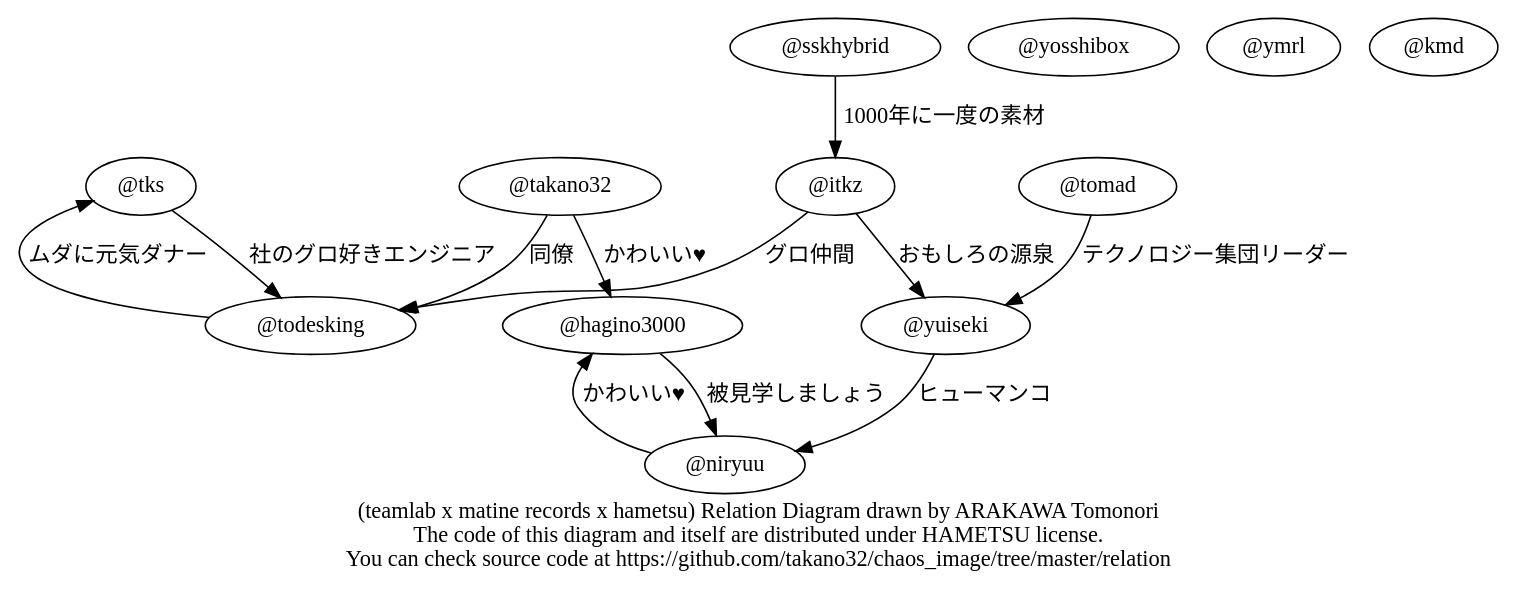
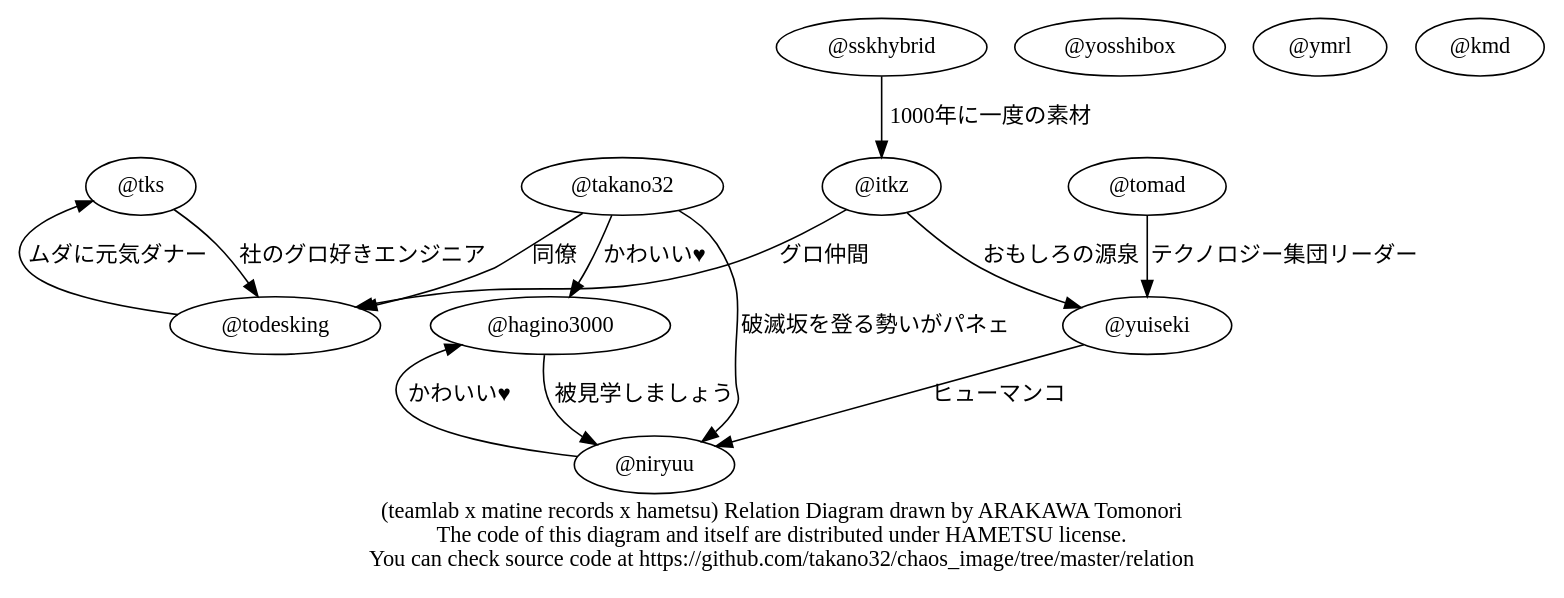
The diagram in relation/hameatsudo.dot (hametsu/chaos_image), drawn with Graphviz before and after one commit.

Commit message:
破滅坂

```diff
--- a/relation/hameatsudo.dot
+++ b/relation/hameatsudo.dot
@@ -1,19 +1,20 @@
 digraph Hameatsudo {
   graph [concentrate = true];
   overlap=orthoxy;
   "@tks" -> "@todesking" [label = "社のグロ好きエンジニア"];
   "@takano32" -> "@todesking" [label = "同僚"];
   "@takano32" -> "@hagino3000" [label = "かわいい♥"];
+  "@takano32" -> "@niryuu" [label = "破滅坂を登る勢いがパネェ"];
   "@todesking" -> "@tks" [label = "ムダに元気ダナー"];
   "@tomad" -> "@yuiseki" [label = "テクノロジー集団リーダー"];
   "@yosshibox"
   "@sskhybrid" -> "@itkz" [label = "1000年に一度の素材"];
   "@ymrl"
   "@niryuu" -> "@hagino3000" [label = "かわいい♥"];
   "@itkz" -> "@todesking" [label = "グロ仲間"];
   "@itkz" -> "@yuiseki" [label = "おもしろの源泉"];
   "@yuiseki" -> "@niryuu" [label = "ヒューマンコ"];
   "@hagino3000" -> "@niryuu" [label = "被見学しましょう"];
   "@kmd"
   label = "(teamlab x matine records x hametsu) Relation Diagram drawn by ARAKAWA Tomonori\nThe code of this diagram and itself are distributed under HAMETSU license.\nYou can check source code at https://github.com/takano32/chaos_image/tree/master/relation";
 }
```
